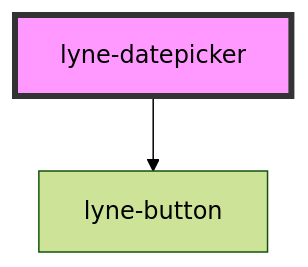
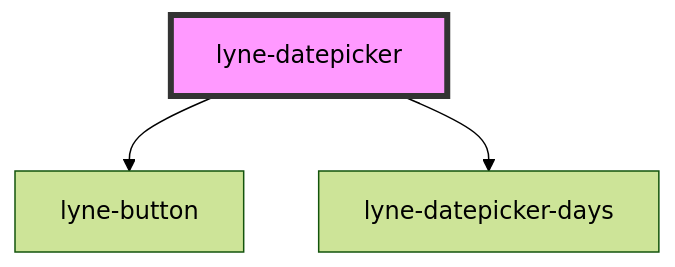
The diagram in src/components/lyne-datepicker/readme.md (schlpbch/lyne-components), drawn with Mermaid (forest theme) before and after one commit. The commit also changed other lines of this file, not shown here.

Commit message:
docs: update generated datepicker readme

````diff
--- a/src/components/lyne-datepicker/readme.md
+++ b/src/components/lyne-datepicker/readme.md
@@ -29,5 +30,6 @@
 ```mermaid
 graph TD;
   lyne-datepicker --> lyne-button
+  lyne-datepicker --> lyne-datepicker-days
   style lyne-datepicker fill:#f9f,stroke:#333,stroke-width:4px
 ```
````
